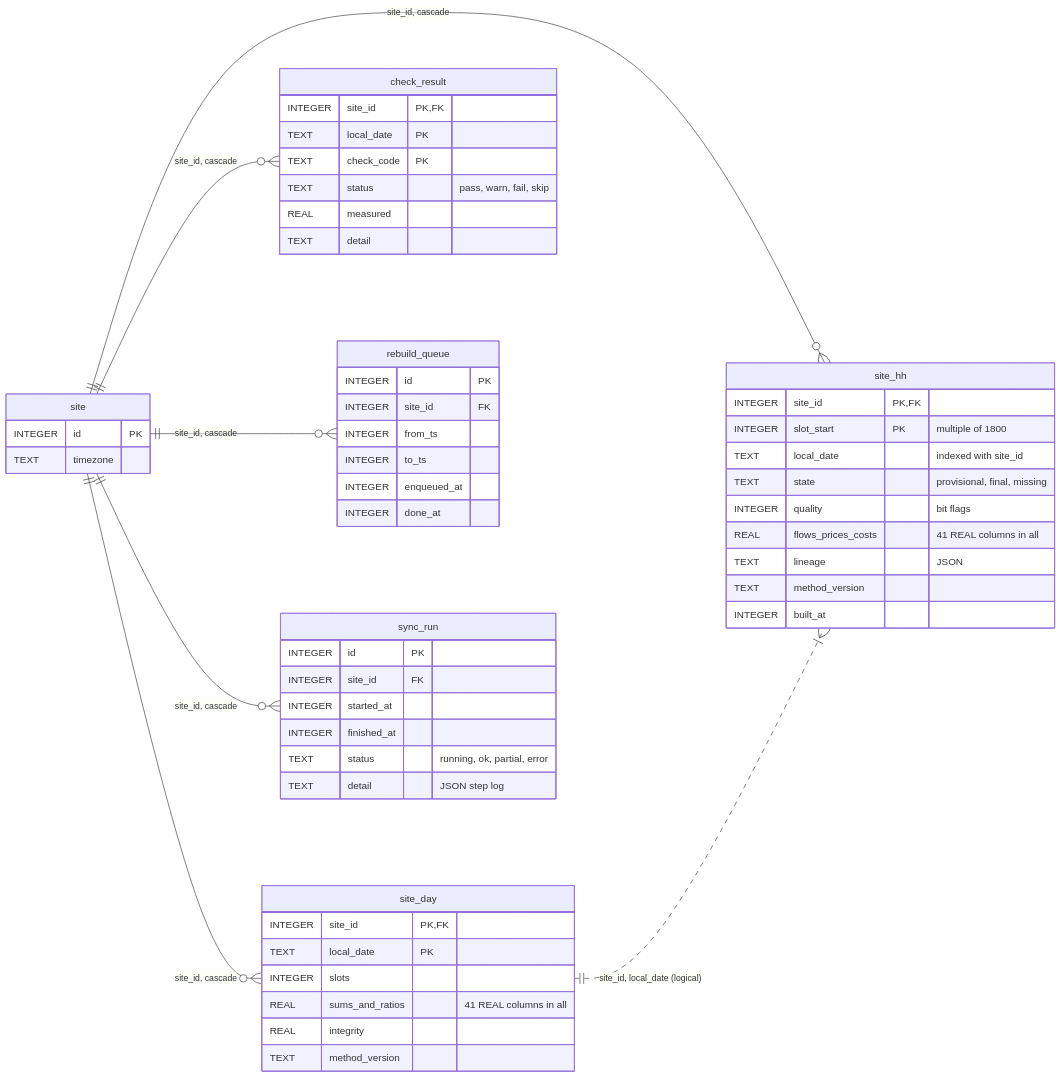
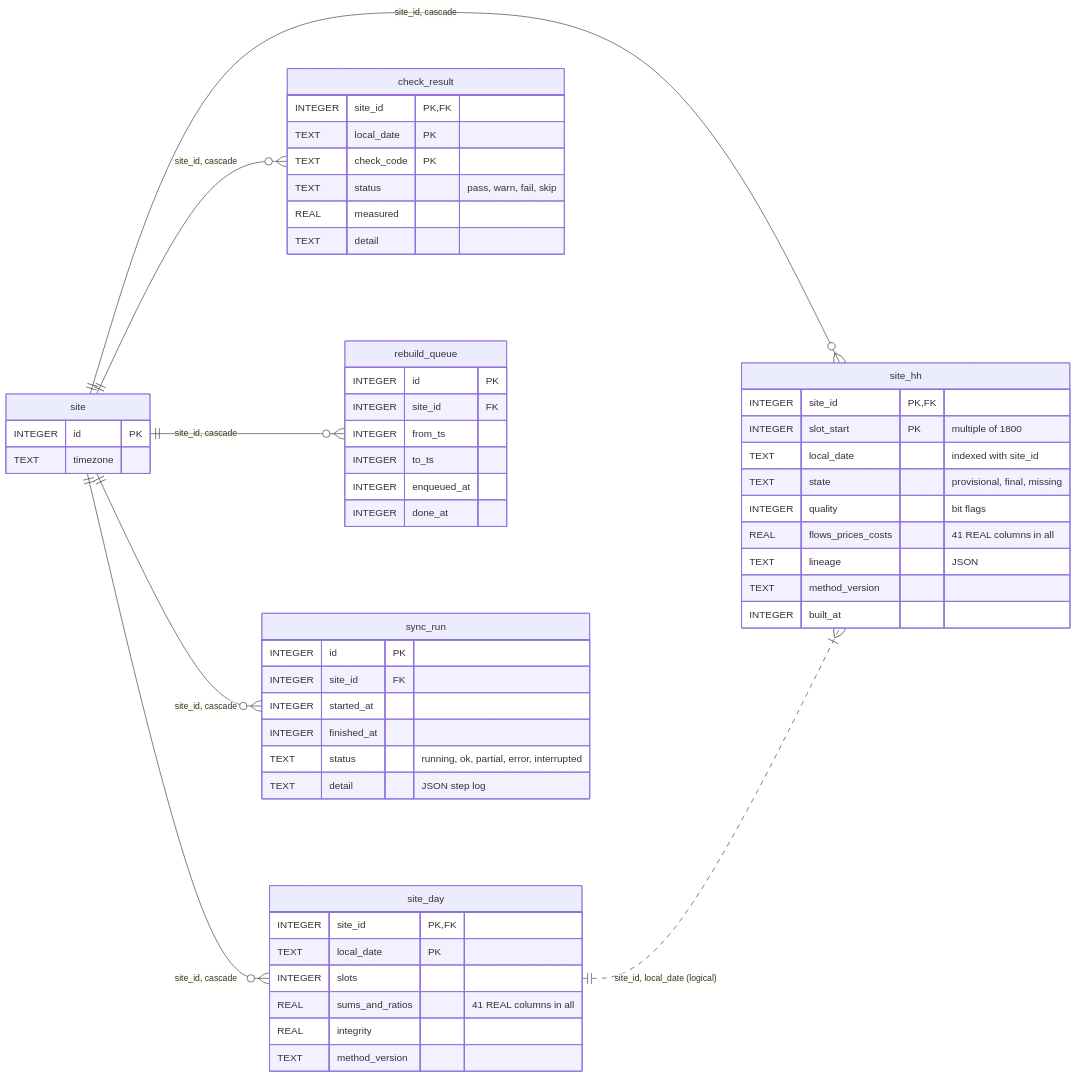
Before and after one commit to sshahriazz/energiebee-core-prototype: the seventh of 8 diagrams in docs/database.md, drawn with Mermaid. The commit also changed other lines of this file and 31 other files, not shown here.

````diff
--- a/docs/database.md
+++ b/docs/database.md
@@ -504,58 +504,58 @@
 ```mermaid
 erDiagram
   direction LR
   site ||--o{ site_hh : "site_id, cascade"
   site ||--o{ site_day : "site_id, cascade"
   site_day ||..|{ site_hh : "site_id, local_date (logical)"
   site ||--o{ check_result : "site_id, cascade"
   site ||--o{ rebuild_queue : "site_id, cascade"
   site ||--o{ sync_run : "site_id, cascade"
 
   site {
     INTEGER id PK
     TEXT timezone
   }
   site_hh {
     INTEGER site_id PK,FK
     INTEGER slot_start PK "multiple of 1800"
     TEXT local_date "indexed with site_id"
     TEXT state "provisional, final, missing"
     INTEGER quality "bit flags"
     REAL flows_prices_costs "41 REAL columns in all"
     TEXT lineage "JSON"
     TEXT method_version
     INTEGER built_at
   }
   site_day {
     INTEGER site_id PK,FK
     TEXT local_date PK
     INTEGER slots
     REAL sums_and_ratios "41 REAL columns in all"
     REAL integrity
     TEXT method_version
   }
   check_result {
     INTEGER site_id PK,FK
     TEXT local_date PK
     TEXT check_code PK
     TEXT status "pass, warn, fail, skip"
     REAL measured
     TEXT detail
   }
   rebuild_queue {
     INTEGER id PK
     INTEGER site_id FK
     INTEGER from_ts
     INTEGER to_ts
     INTEGER enqueued_at
     INTEGER done_at
   }
   sync_run {
     INTEGER id PK
     INTEGER site_id FK
     INTEGER started_at
     INTEGER finished_at
-    TEXT status "running, ok, partial, error"
+    TEXT status "running, ok, partial, error, interrupted"
     TEXT detail "JSON step log"
   }
 ```
````
